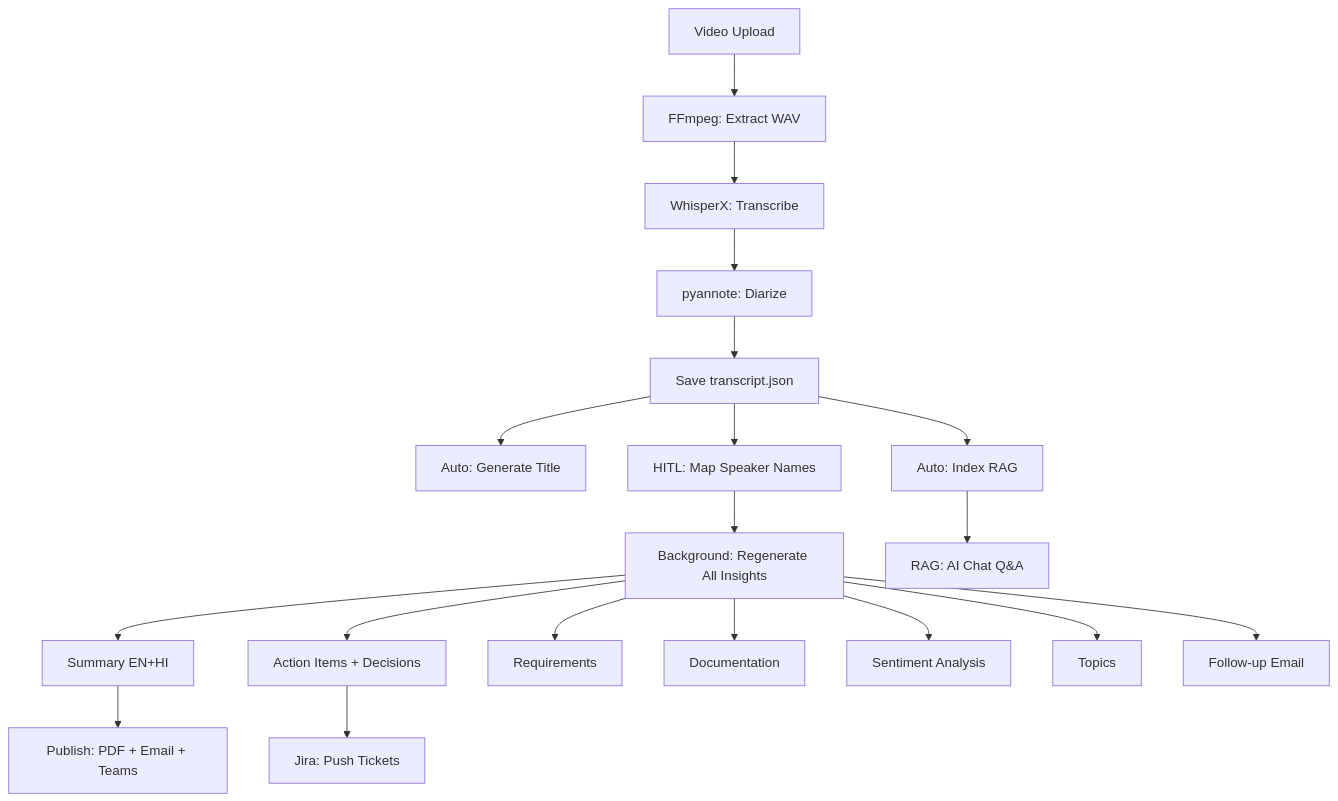
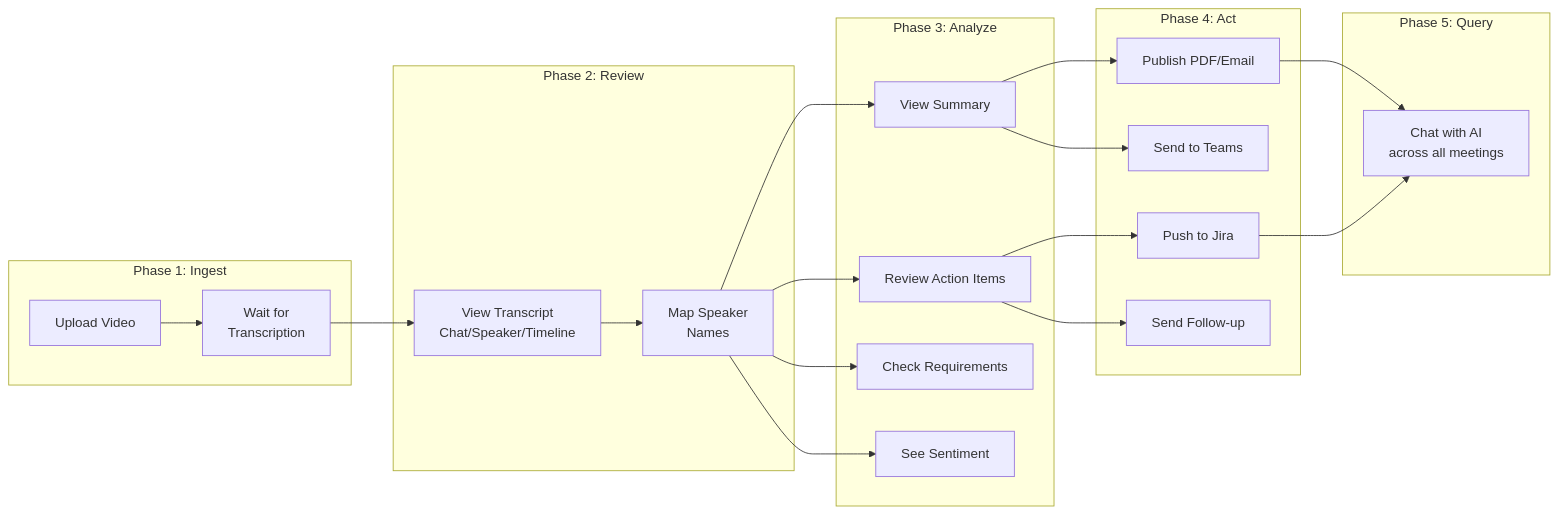
Diagram 11 of 11 in docs/PROJECT_REPORT.md (pawanuikey06/ContextIQ), drawn with Mermaid before and after one commit. The commit also changed other lines of this file, not shown here.

````diff
--- a/docs/PROJECT_REPORT.md
+++ b/docs/PROJECT_REPORT.md
@@ -238,21 +788,26 @@
 ```mermaid
-flowchart TD
-    A["Video Upload"] --> B["FFmpeg: Extract WAV"]
-    B --> C["WhisperX: Transcribe"]
-    C --> D["pyannote: Diarize"]
-    D --> E["Save transcript.json"]
-    E --> F["Auto: Generate Title"]
-    E --> G["Auto: Index RAG"]
-    E --> H["HITL: Map Speaker Names"]
-    H --> I["Background: Regenerate All Insights"]
-    I --> J["Summary EN+HI"]
-    I --> K["Action Items + Decisions"]
-    I --> L["Requirements"]
-    I --> M["Documentation"]
-    I --> N["Sentiment Analysis"]
-    I --> O["Topics"]
-    I --> P["Follow-up Email"]
-    K --> Q["Jira: Push Tickets"]
-    J --> R["Publish: PDF + Email + Teams"]
-    G --> S["RAG: AI Chat Q&A"]
+flowchart LR
+    subgraph Phase1["Phase 1: Ingest"]
+        A1["Upload Video"] --> A2["Wait for<br/>Transcription"]
+    end
+    subgraph Phase2["Phase 2: Review"]
+        A2 --> B1["View Transcript<br/>Chat/Speaker/Timeline"]
+        B1 --> B2["Map Speaker<br/>Names"]
+    end
+    subgraph Phase3["Phase 3: Analyze"]
+        B2 --> C1["View Summary"]
+        B2 --> C2["Review Action Items"]
+        B2 --> C3["Check Requirements"]
+        B2 --> C4["See Sentiment"]
+    end
+    subgraph Phase4["Phase 4: Act"]
+        C2 --> D1["Push to Jira"]
+        C1 --> D2["Publish PDF/Email"]
+        C1 --> D3["Send to Teams"]
+        C2 --> D4["Send Follow-up"]
+    end
+    subgraph Phase5["Phase 5: Query"]
+        D1 --> E1["Chat with AI<br/>across all meetings"]
+        D2 --> E1
+    end
 ```
````
